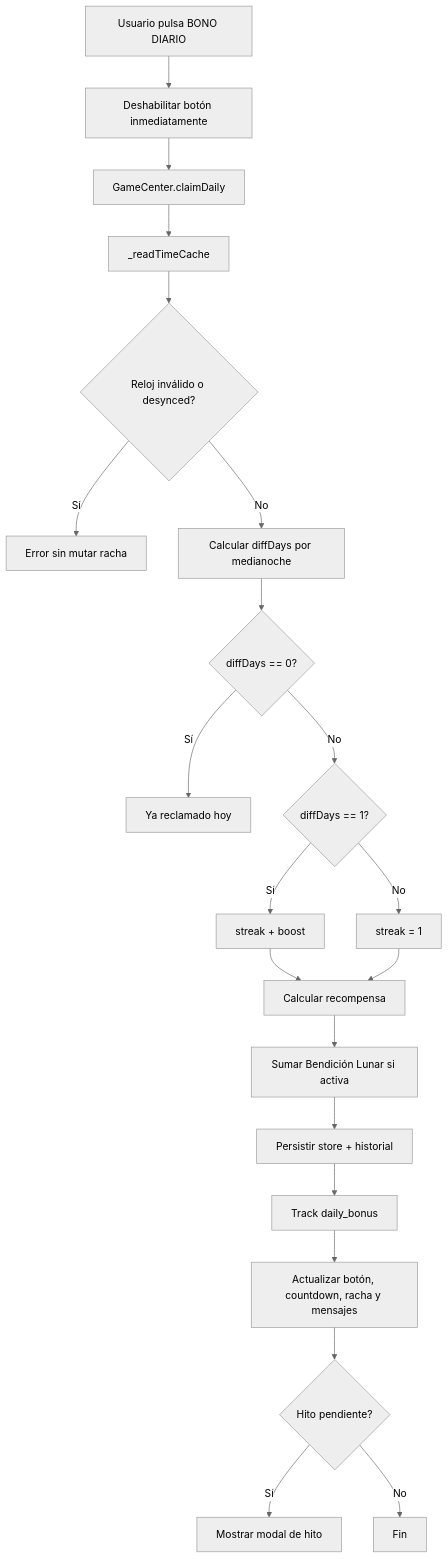
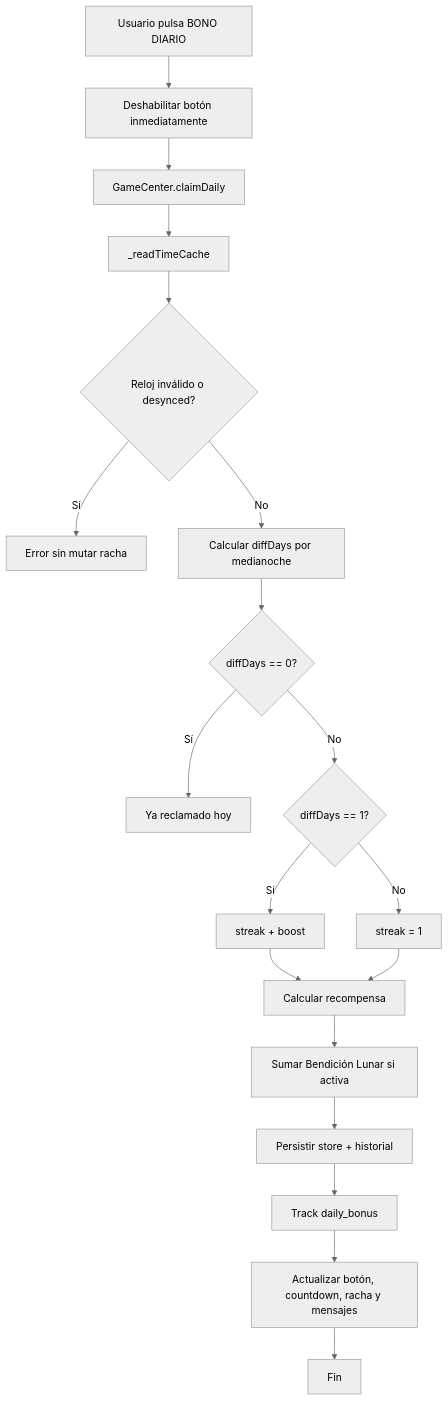
One commit to LILITHNCL/love_arcade changed the diagram in docs/sistema-racha-diaria.md. Above: the diagram before and after it, drawn with Mermaid (neutral theme). The commit also changed other lines of this file and 9 other files, not shown here.

````diff
--- a/docs/sistema-racha-diaria.md
+++ b/docs/sistema-racha-diaria.md
@@ -468,23 +401,21 @@
 ```mermaid
 flowchart TD
   A[Usuario pulsa BONO DIARIO] --> B[Deshabilitar botón inmediatamente]
   B --> C[GameCenter.claimDaily]
   C --> D[_readTimeCache]
   D --> E{Reloj inválido o desynced?}
   E -- Sí --> F[Error sin mutar racha]
   E -- No --> G[Calcular diffDays por medianoche]
   G --> H{diffDays == 0?}
   H -- Sí --> I[Ya reclamado hoy]
   H -- No --> J{diffDays == 1?}
   J -- Sí --> K[streak + boost]
   J -- No --> L[streak = 1]
   K --> M[Calcular recompensa]
   L --> M
   M --> N[Sumar Bendición Lunar si activa]
   N --> O[Persistir store + historial]
   O --> P[Track daily_bonus]
   P --> Q[Actualizar botón, countdown, racha y mensajes]
-  Q --> R{Hito pendiente?}
-  R -- Sí --> S[Mostrar modal de hito]
-  R -- No --> T[Fin]
+  Q --> R[Fin]
 ```
````
